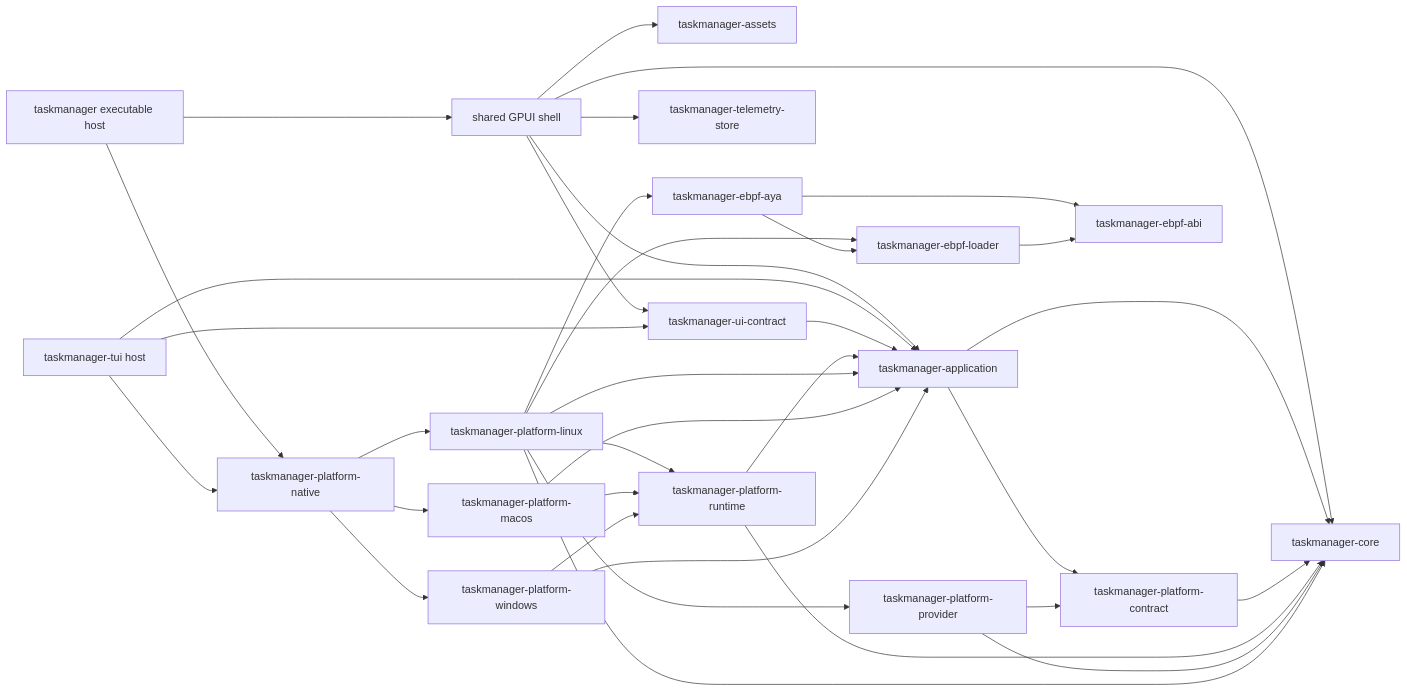
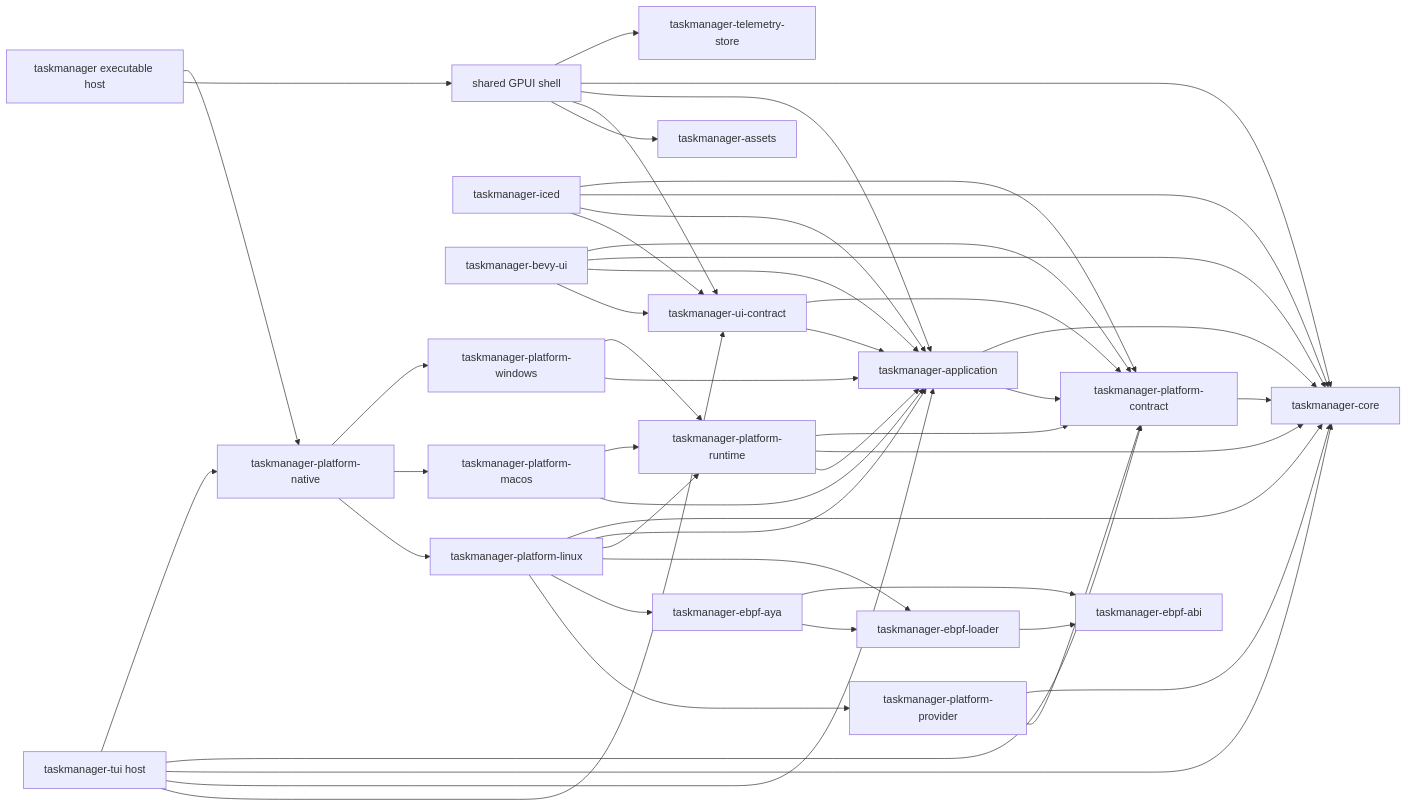
The diagram in adr/005-multi-crate-functional-architecture.md (YellowWhiteBlackCat/TaskForest), drawn with Mermaid before and after one commit. The commit also changed other lines of this file and 1123 other files, not shown here.

Commit message:
core bevyui iced tui update but no stable

````diff
--- a/adr/005-multi-crate-functional-architecture.md
+++ b/adr/005-multi-crate-functional-architecture.md
@@ -12,37 +12,49 @@
 ```mermaid
 graph LR
     HOST[taskmanager executable host] --> GPUI[shared GPUI shell]
     HOST --> NATIVE[taskmanager-platform-native]
     GPUI --> ASSETS[taskmanager-assets]
     GPUI --> UI_CONTRACT[taskmanager-ui-contract]
     GPUI --> APP[taskmanager-application]
     GPUI --> CORE[taskmanager-core]
     GPUI --> STORE[taskmanager-telemetry-store]
     TUI[taskmanager-tui host] --> UI_CONTRACT
     TUI --> APP
+    TUI --> CORE
+    TUI --> PLATFORM_CONTRACT
     TUI --> NATIVE
+    ICED[taskmanager-iced] --> UI_CONTRACT
+    ICED --> APP
+    ICED --> CORE
+    ICED --> PLATFORM_CONTRACT
+    BEVY[taskmanager-bevy-ui] --> UI_CONTRACT
+    BEVY --> APP
+    BEVY --> CORE
+    BEVY --> PLATFORM_CONTRACT
     UI_CONTRACT --> APP
+    UI_CONTRACT --> PLATFORM_CONTRACT
     APP --> PLATFORM_CONTRACT[taskmanager-platform-contract]
     APP --> CORE
     PLATFORM_CONTRACT --> CORE
     RUNTIME[taskmanager-platform-runtime] --> APP
     RUNTIME --> CORE
+    RUNTIME --> PLATFORM_CONTRACT
     PROVIDER[taskmanager-platform-provider] --> PLATFORM_CONTRACT
     PROVIDER --> CORE
     LINUX[taskmanager-platform-linux] --> PROVIDER
     LINUX --> AYA[taskmanager-ebpf-aya]
     LINUX --> EBPF_LOADER[taskmanager-ebpf-loader]
     AYA --> EBPF_LOADER
     AYA --> EBPF_ABI[taskmanager-ebpf-abi]
     EBPF_LOADER --> EBPF_ABI
     LINUX --> RUNTIME
     LINUX --> APP
     LINUX --> CORE
     NATIVE --> LINUX
     NATIVE --> MACOS[taskmanager-platform-macos]
     NATIVE --> WINDOWS[taskmanager-platform-windows]
     MACOS --> APP
     MACOS --> RUNTIME
     WINDOWS --> APP
     WINDOWS --> RUNTIME
 ```
````
